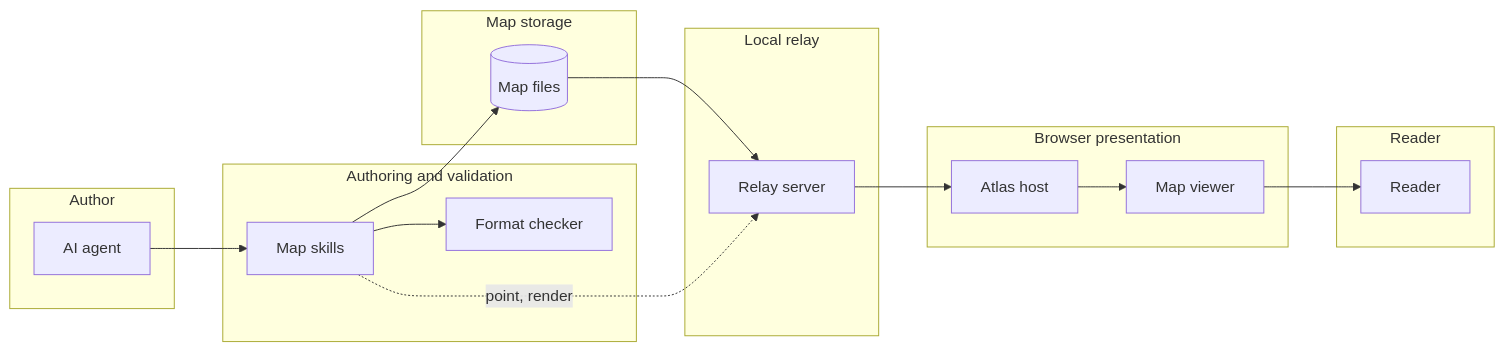
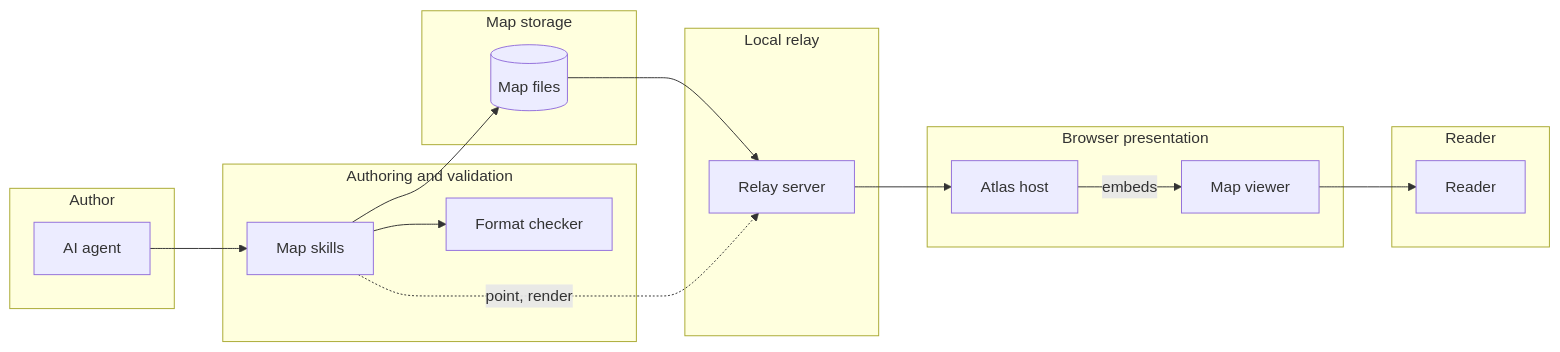
One commit to nvsravank/avagahana changed the first of 17 diagrams in examples/maps/avagahana-architecture.md. Above: the diagram before and after it, drawn with Mermaid. The commit also changed other lines of this file and 56 other files, not shown here.

````diff
--- a/examples/maps/avagahana-architecture.md
+++ b/examples/maps/avagahana-architecture.md
@@ -3,48 +3,48 @@
 ```mermaid
 flowchart LR
   subgraph authors [Author]
     agent["AI agent"]
   end
   subgraph av [Authoring and validation]
     skill["Map skills"]
     checker["Format checker"]
   end
   subgraph storage [Map storage]
     files[("Map files")]
   end
   subgraph bridge [Local relay]
     relay["Relay server"]
   end
   subgraph presentation [Browser presentation]
     atlas["Atlas host"]
     viewer["Map viewer"]
   end
   subgraph audience [Reader]
     reader["Reader"]
   end
   agent --> skill
   skill --> checker
   skill --> files
   files --> relay
   relay --> atlas
-  atlas --> viewer
+  atlas embeds@-->|embeds| viewer
   viewer --> reader
   skill -.->|point, render| relay
   class agent,reader person
   class files database
   click av "#project-breakdown"
   click presentation "#viewer-components"
   click viewer "#viewer-components"
   click viewer "#render-pipeline"
   click viewer "#diagram-extension-hooks"
   click viewer "#viewer-load-lifecycle"
   click viewer "#object-ownership"
   click viewer "#logical-map-model"
   click relay "#relay-internals"
   click relay "#live-reload"
   click relay "#render-for-a-document"
   click atlas "#atlas-and-sources"
   click skill "#plugin-and-quality"
   click skill "#author-check-show"
   click checker "#validation-boundaries"
 ```
````
